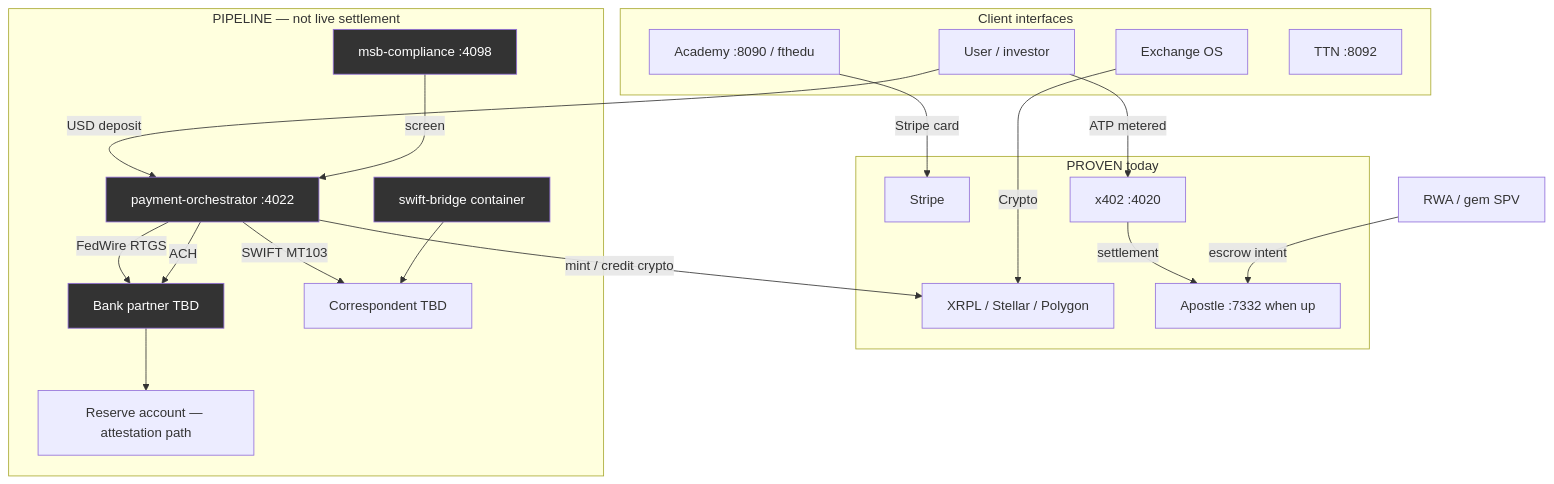
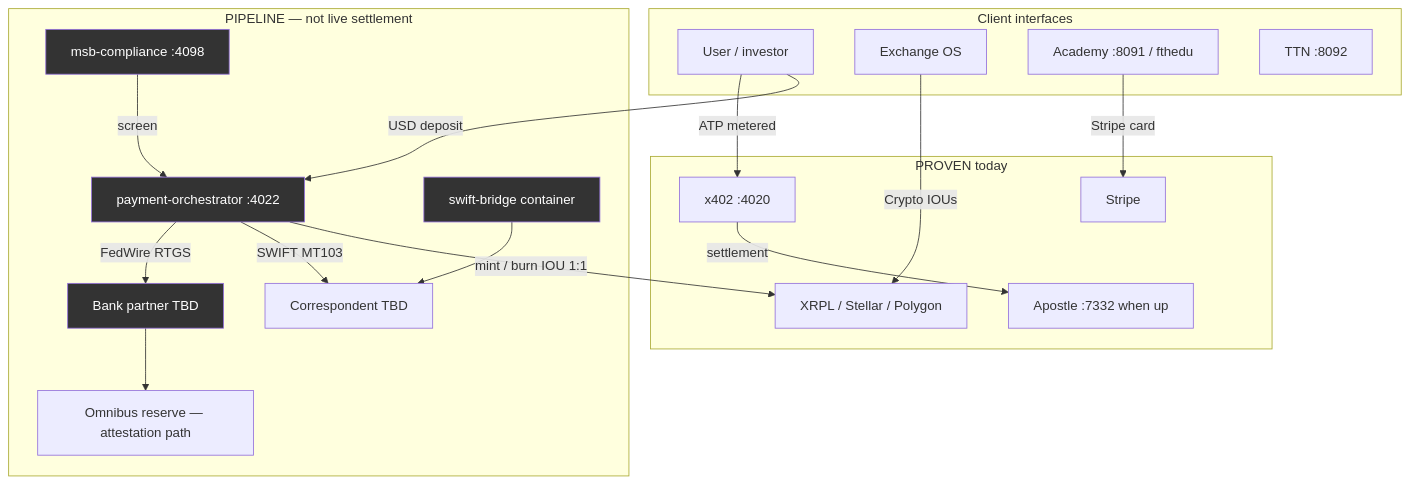
One commit to FTHTrading/Troptions-full-pack changed the fourth of 4 diagrams in docs/technical/SYSTEM_MANIFEST.md. Above: the diagram before and after it, drawn with Mermaid. The commit also changed other lines of this file and 10 other files, not shown here.

````diff
--- a/docs/technical/SYSTEM_MANIFEST.md
+++ b/docs/technical/SYSTEM_MANIFEST.md
@@ -117,34 +263,32 @@
 ```mermaid
 flowchart TD
   subgraph clients [Client interfaces]
     A[User / investor]
     C[Exchange OS]
-    D[Academy :8090 / fthedu]
+    D[Academy :8091 / fthedu]
     E[TTN :8092]
   end
 
   subgraph proven [PROVEN today]
     D -->|Stripe card| J[Stripe]
-    C -->|Crypto| I[XRPL / Stellar / Polygon]
+    C -->|Crypto IOUs| I[XRPL / Stellar / Polygon]
     A -->|ATP metered| X[x402 :4020]
     X -->|settlement| AP[Apostle :7332 when up]
   end
 
   subgraph pipeline [PIPELINE — not live settlement]
     A -->|USD deposit| B[payment-orchestrator :4022]
     B -->|FedWire RTGS| G[Bank partner TBD]
     B -->|SWIFT MT103| H[Correspondent TBD]
-    B -->|ACH| G
     P[msb-compliance :4098] -->|screen| B
     R[swift-bridge container] --> H
-    G --> L[Reserve account — attestation path]
+    G --> L[Omnibus reserve — attestation path]
   end
 
-  B -->|mint / credit crypto| I
-  F[RWA / gem SPV] -->|escrow intent| AP
+  B -->|mint / burn IOU 1:1| I
 
   style B fill:#333,color:#fff
   style P fill:#333,color:#fff
   style R fill:#333,color:#fff
   style G fill:#333,color:#fff
 ```
````
